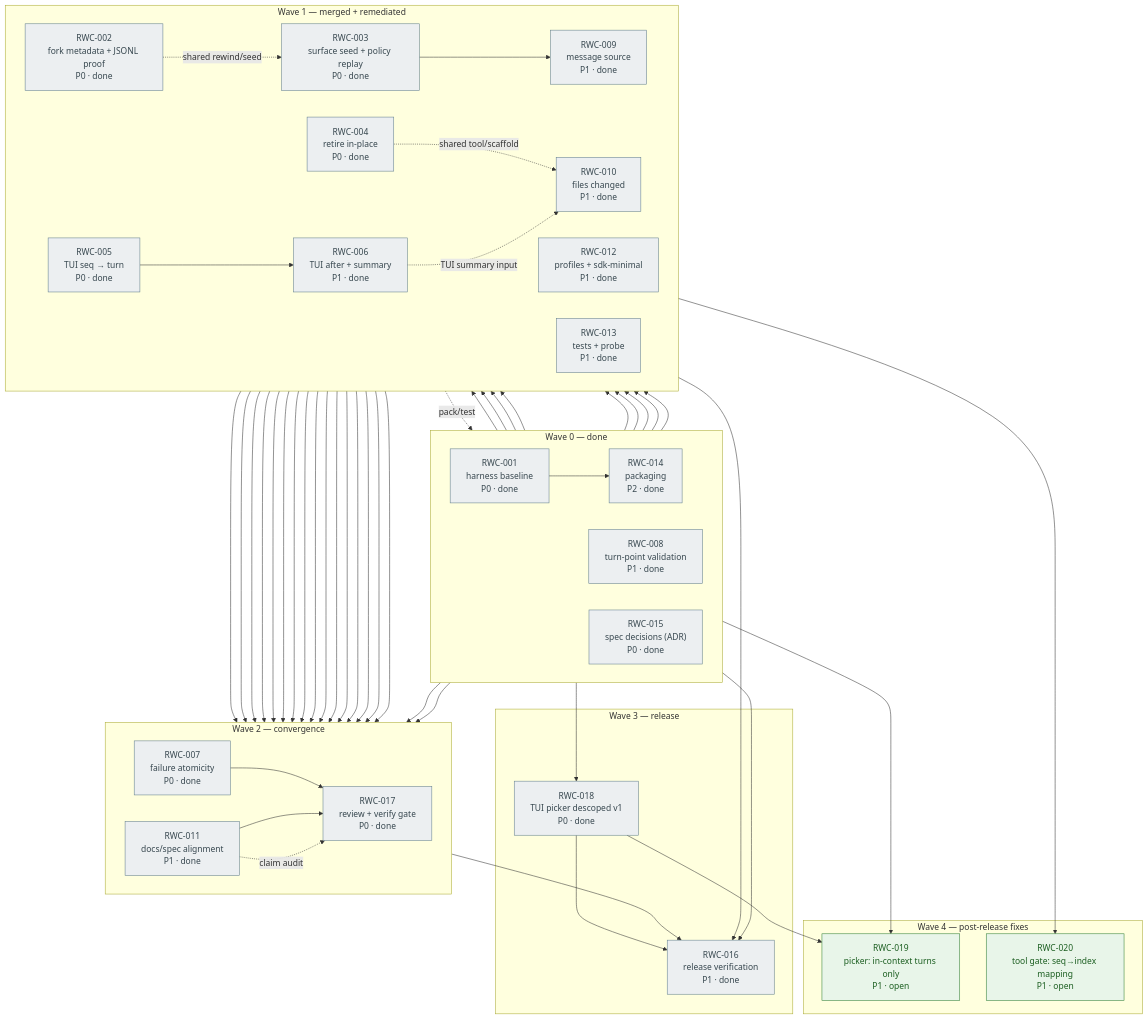
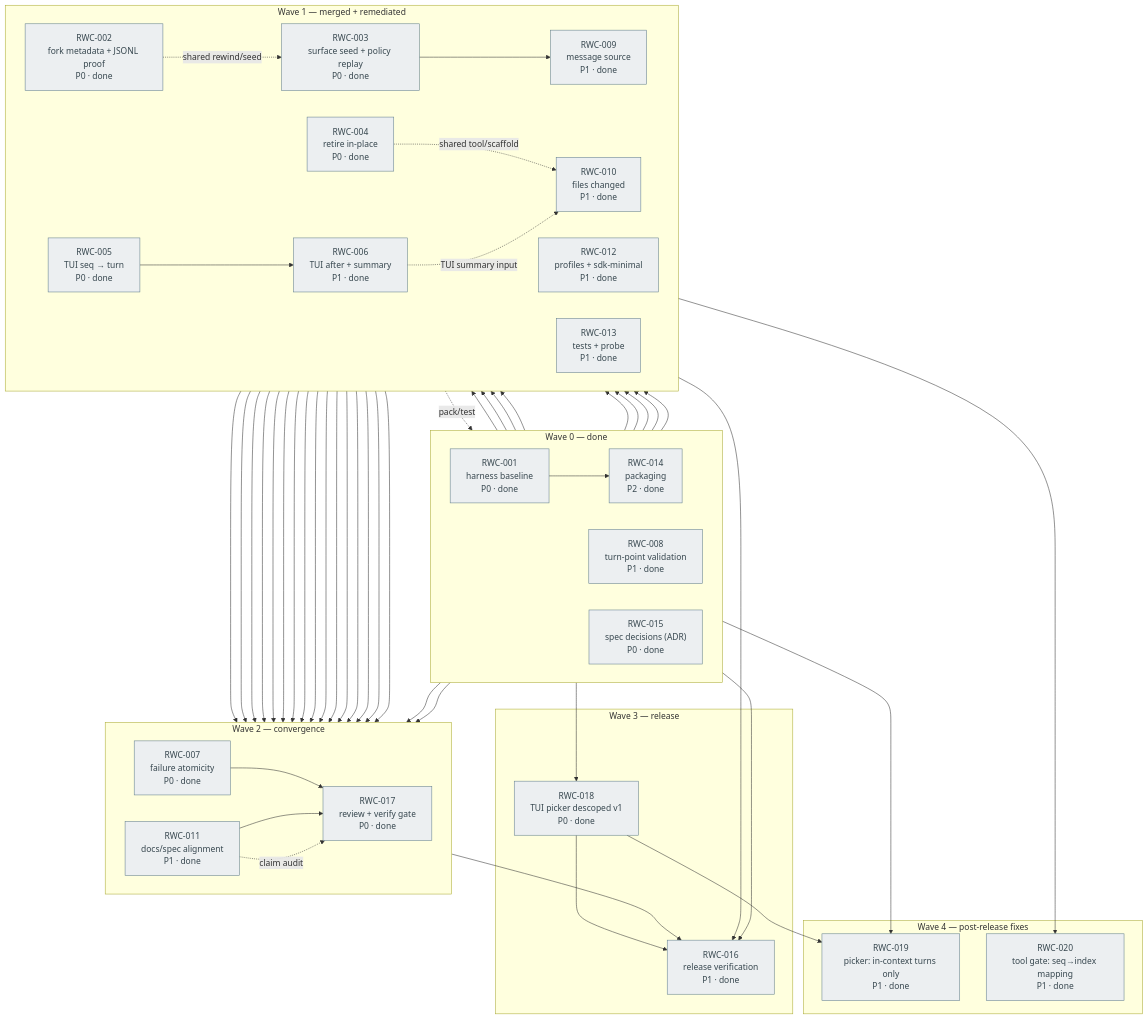
Before and after one commit to shayanrc/dsh-rewind-compact: the diagram in docs/tickets/dependencies.mmd, drawn with Mermaid. The commit also changed 3 other files, not shown here.

```diff
--- a/docs/tickets/dependencies.mmd
+++ b/docs/tickets/dependencies.mmd
@@ -1,104 +1,104 @@
 %% rewind-compact ticket dependency graph (2026-10-27, post-review)
 %% Solid arrow = hard prerequisite. Dotted arrow = coordination / shared files.
 %% Green = open/in-progress, orange = blocked, blue = decision, grey = done.
 %% RWC-017 is green: every changed ticket passed independent review + verify.
 %% RWC-016 is the remaining release gate.
 flowchart TB
   classDef open fill:#E8F5E9,stroke:#2E7D32,color:#1B5E20
   classDef progress fill:#FFFDE7,stroke:#F9A825,color:#795548
   classDef blocked fill:#FFF3E0,stroke:#E65100,color:#BF360C
   classDef decision fill:#E3F2FD,stroke:#1565C0,color:#0D47A1
   classDef continuous fill:#F3E5F5,stroke:#6A1B9A,color:#4A148C,stroke-dasharray: 4 2
   classDef done fill:#ECEFF1,stroke:#607D8B,color:#37474F
 
   subgraph w0["Wave 0 — done"]
     direction LR
     t001["RWC-001<br/>harness baseline<br/>P0 · done"]:::done
     t008["RWC-008<br/>turn-point validation<br/>P1 · done"]:::done
     t015["RWC-015<br/>spec decisions (ADR)<br/>P0 · done"]:::done
     t014["RWC-014<br/>packaging<br/>P2 · done"]:::done
   end
 
   subgraph w1["Wave 1 — merged + remediated"]
     direction LR
     t002["RWC-002<br/>fork metadata + JSONL proof<br/>P0 · done"]:::done
     t003["RWC-003<br/>surface seed + policy replay<br/>P0 · done"]:::done
     t004["RWC-004<br/>retire in-place<br/>P0 · done"]:::done
     t005["RWC-005<br/>TUI seq → turn<br/>P0 · done"]:::done
     t006["RWC-006<br/>TUI after + summary<br/>P1 · done"]:::done
     t009["RWC-009<br/>message source<br/>P1 · done"]:::done
     t010["RWC-010<br/>files changed<br/>P1 · done"]:::done
     t012["RWC-012<br/>profiles + sdk-minimal<br/>P1 · done"]:::done
     t013["RWC-013<br/>tests + probe<br/>P1 · done"]:::done
   end
 
   subgraph w2["Wave 2 — convergence"]
     direction LR
     t007["RWC-007<br/>failure atomicity<br/>P0 · done"]:::done
     t011["RWC-011<br/>docs/spec alignment<br/>P1 · done"]:::done
     t017["RWC-017<br/>review + verify gate<br/>P0 · done"]:::done
   end
 
   subgraph w3["Wave 3 — release"]
     t018["RWC-018<br/>TUI picker descoped v1<br/>P0 · done"]:::done
     t016["RWC-016<br/>release verification<br/>P1 · done"]:::done
   end
 
   subgraph w4["Wave 4 — post-release fixes"]
-    t019["RWC-019<br/>picker: in-context turns only<br/>P1 · open"]:::open
-    t020["RWC-020<br/>tool gate: seq→index mapping<br/>P1 · open"]:::open
+    t019["RWC-019<br/>picker: in-context turns only<br/>P1 · done"]:::done
+    t020["RWC-020<br/>tool gate: seq→index mapping<br/>P1 · done"]:::done
   end
 
   %% hard prerequisites
   t001 --> t002
   t001 --> t003
   t001 --> t004
   t001 --> t005
   t001 --> t010
   t001 --> t012
   t001 --> t013
   t001 --> t014
 
   t015 --> t004
   t015 --> t006
   t015 --> t011
 
   t005 --> t006
   t003 --> t009
   t004 --> t007
   t006 --> t007
 
   t002 --> t011
   t003 --> t011
   t004 --> t011
   t005 --> t011
   t006 --> t011
 
   t002 --> t017
   t003 --> t017
   t004 --> t017
   t005 --> t017
   t006 --> t017
   t007 --> t017
   t009 --> t017
   t010 --> t017
   t011 --> t017
   t012 --> t017
   t013 --> t017
   t014 --> t017
 
   t013 --> t016
   t014 --> t016
   t015 --> t018
   t018 --> t016
   t017 --> t016
   t008 --> t019
   t018 --> t019
   t013 --> t020
 
   %% coordination / shared files (no precedence implied)
   t002 -.->|shared rewind/seed| t003
   t004 -.->|shared tool/scaffold| t010
   t006 -.->|TUI summary input| t010
   t013 -.->|pack/test| t014
   t011 -.->|claim audit| t017
```
